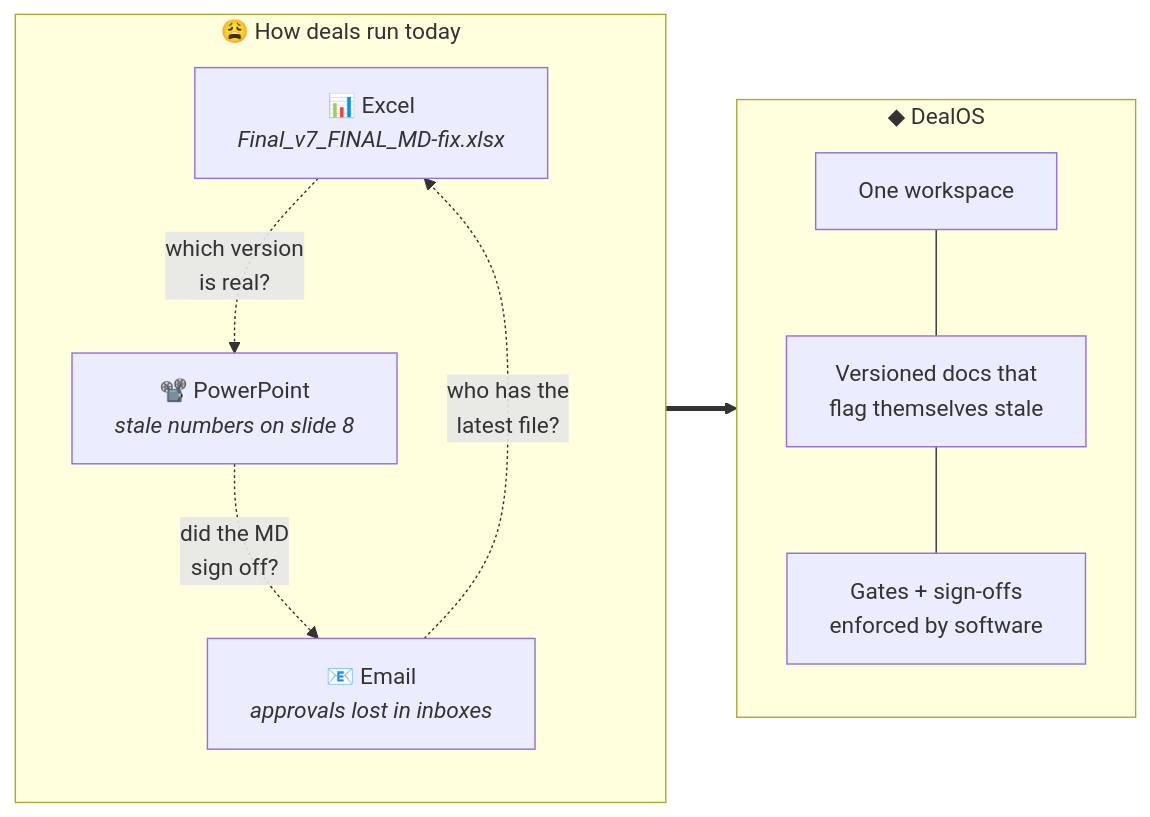
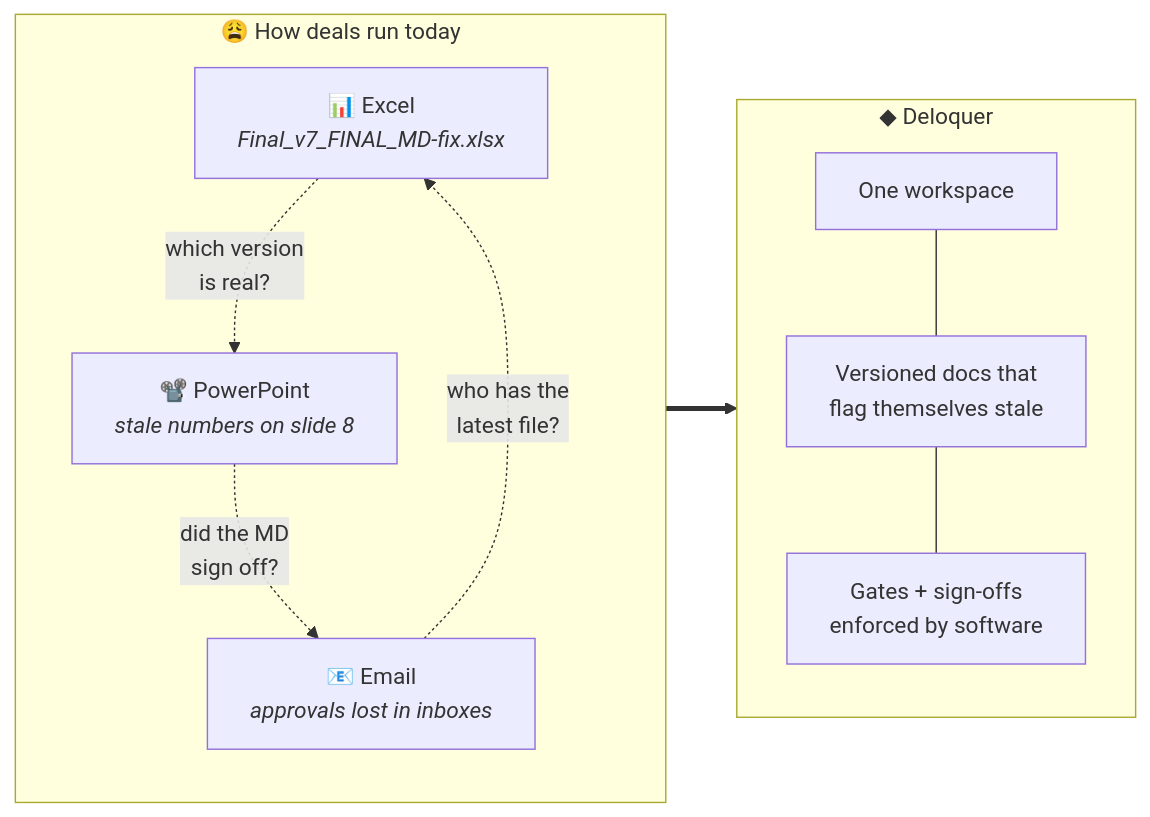
The first of 8 diagrams in README.md (Asmi-Mhatre/IB-Simulation), drawn with Mermaid before and after one commit. The commit also changed other lines of this file and 6 other files, not shown here.

````diff
--- a/README.md
+++ b/README.md
@@ -21,22 +21,22 @@
 ```mermaid
 flowchart LR
     subgraph TODAY["😩 How deals run today"]
         direction TB
         X1["📊 Excel<br><i>Final_v7_FINAL_MD-fix.xlsx</i>"]
         X2["📽️ PowerPoint<br><i>stale numbers on slide 8</i>"]
         X3["📧 Email<br><i>approvals lost in inboxes</i>"]
         X1 -.->|"which version<br>is real?"| X2
         X2 -.->|"did the MD<br>sign off?"| X3
         X3 -.->|"who has the<br>latest file?"| X1
     end
 
-    subgraph DEALOS["◆ DealOS"]
+    subgraph DEALOS["◆ Deloquer"]
         direction TB
         Y1["One workspace"]
         Y2["Versioned docs that<br>flag themselves stale"]
         Y3["Gates + sign-offs<br>enforced by software"]
         Y1 --- Y2 --- Y3
     end
 
     TODAY ==> DEALOS
 ```
````
